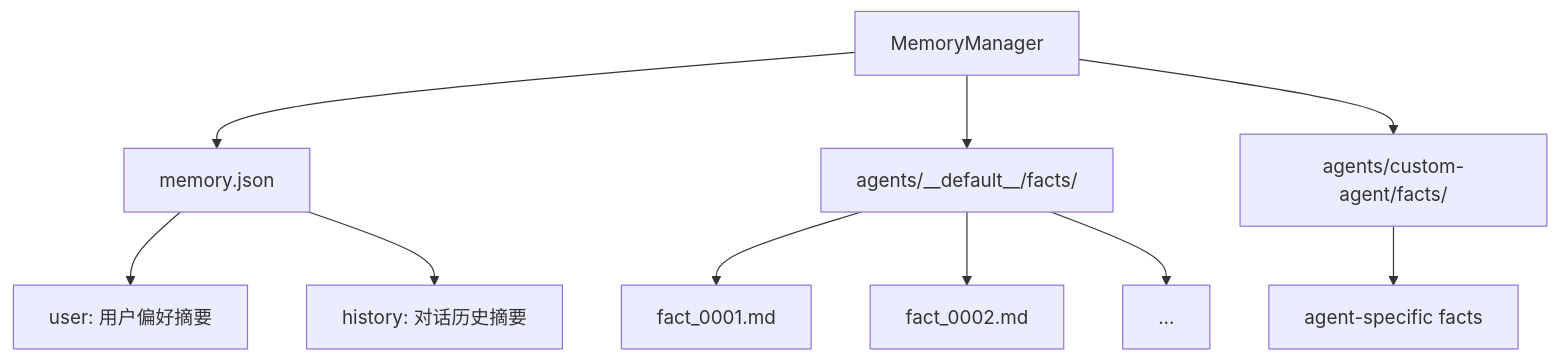
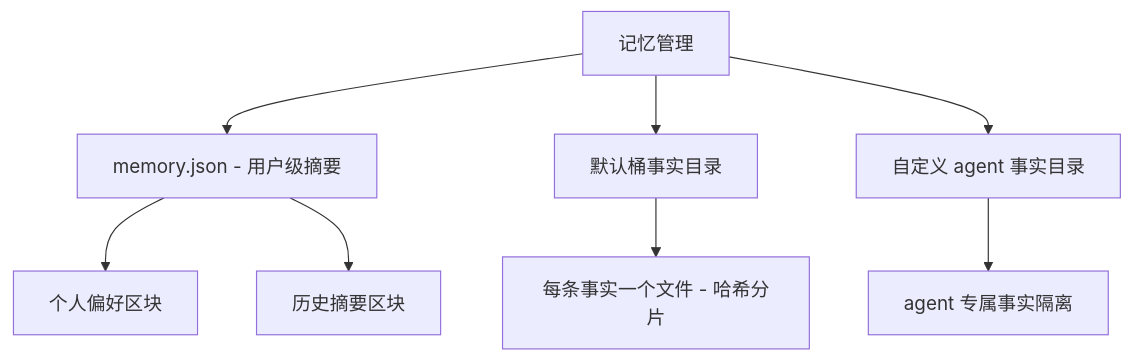
Before and after one commit to MKEy777/agent: the third of 4 diagrams in docs/deer-flow/06-memory.md, drawn with Mermaid. The commit also changed other lines of this file and 114 other files, not shown here.

First line of the commit message:
Add comprehensive documentation for Agent architecture and protocols

````diff
--- a/docs/deer-flow/06-memory.md
+++ b/docs/deer-flow/06-memory.md
@@ -60,15 +69,10 @@
 ```mermaid
 graph TB
-    A[MemoryManager] --> B[memory.json]
-    A --> C[agents/__default__/facts/]
-    A --> D[agents/custom-agent/facts/]
-    
-    B --> B1["user: 用户偏好摘要"]
-    B --> B2["history: 对话历史摘要"]
-    
-    C --> C1["fact_0001.md"]
-    C --> C2["fact_0002.md"]
-    C --> C3["..."]
-    
-    D --> D1["agent-specific facts"]
+    A[记忆管理] --> B[memory.json - 用户级摘要]
+    A --> C[默认桶事实目录]
+    A --> D[自定义 agent 事实目录]
+    B --> B1[个人偏好区块]
+    B --> B2[历史摘要区块]
+    C --> C1[每条事实一个文件 - 哈希分片]
+    D --> D1[agent 专属事实隔离]
 ```
````
